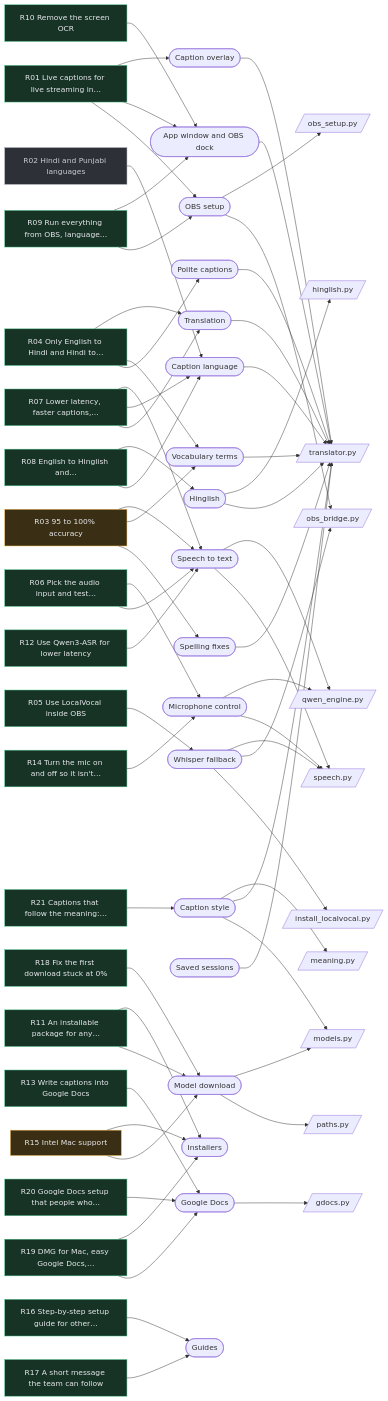
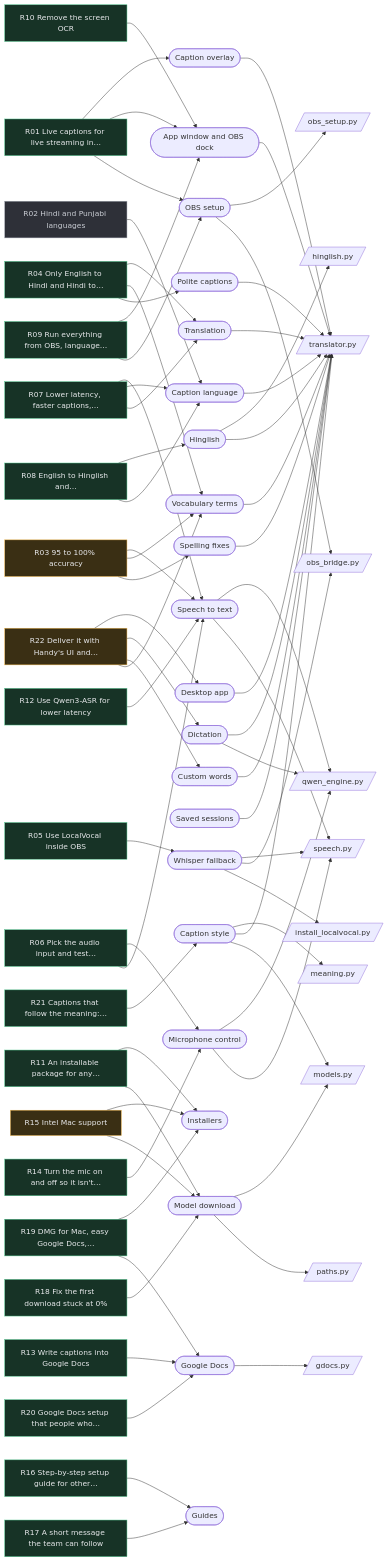
The diagram in context-graph/OVERVIEW.md (vivekarya2026/live-captions-obs), drawn with Mermaid before and after one commit. The commit also changed other lines of this file and 485 other files, not shown here.

First line of the commit message:
Desktop app: Handy fork (Tauri v2) with the Live Captions engine

```diff
--- a/context-graph/OVERVIEW.md
+++ b/context-graph/OVERVIEW.md
@@ -32,6 +32,7 @@
   R19["R19 DMG for Mac, easy Google Docs,…"]:::done
   R20["R20 Google Docs setup that people who…"]:::done
   R21["R21 Captions that follow the meaning:…"]:::done
+  R22["R22 Deliver it with Handy's UI and…"]:::partial
   F_overlay(["Caption overlay"])
   F_dock(["App window and OBS dock"])
   F_obs_setup(["OBS setup"])
@@ -49,6 +50,9 @@
   F_google_docs(["Google Docs"])
   F_model_download(["Model download"])
   F_installers(["Installers"])
+  F_desktop_app(["Desktop app"])
+  F_dictation(["Dictation"])
+  F_custom_words(["Custom words"])
   F_docs(["Guides"])
   R01 --> F_overlay
   R01 --> F_dock
@@ -85,6 +89,10 @@
   R19 --> F_google_docs
   R20 --> F_google_docs
   R21 --> F_caption_styles
+  R22 --> F_desktop_app
+  R22 --> F_dictation
+  R22 --> F_custom_words
+  R22 --> F_vocabulary
   F_overlay --> translator_py[/translator.py/]
   F_dock --> translator_py[/translator.py/]
   F_obs_setup --> obs_setup_py[/obs_setup.py/]
@@ -110,6 +118,10 @@
   F_google_docs --> gdocs_py[/gdocs.py/]
   F_model_download --> models_py[/models.py/]
   F_model_download --> paths_py[/paths.py/]
+  F_desktop_app --> translator_py[/translator.py/]
+  F_dictation --> translator_py[/translator.py/]
+  F_dictation --> qwen_engine_py[/qwen_engine.py/]
+  F_custom_words --> translator_py[/translator.py/]
   classDef done fill:#173326,stroke:#4cc38a,color:#e8e9ec
   classDef partial fill:#3a2f14,stroke:#f0b54a,color:#e8e9ec
   classDef changed fill:#2e3038,stroke:#9aa0aa,color:#c9ccd3
```
